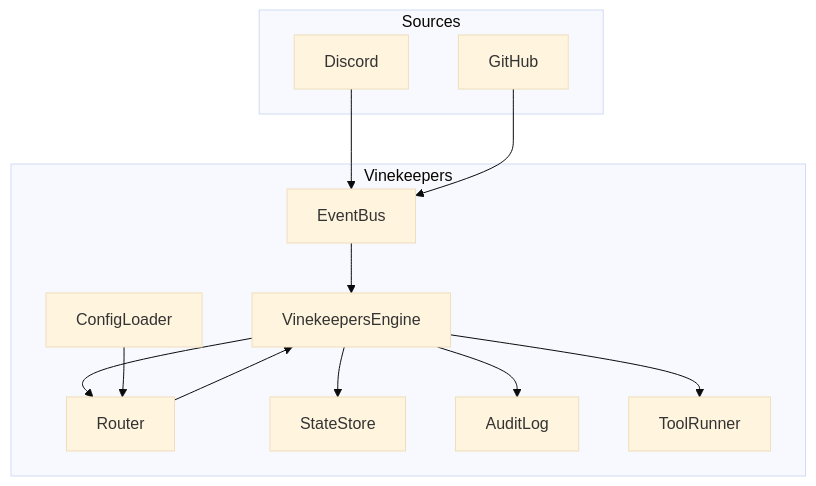
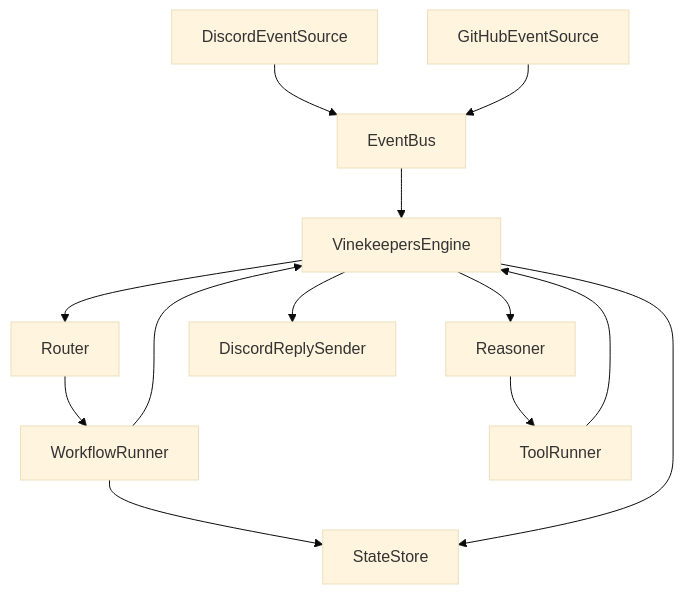
Before and after one commit to perfectedge13/Vinekeepers: the diagram in mkdoc/architecture.md, drawn with Mermaid (base theme). The commit also changed other lines of this file and 677 other files, not shown here.

````diff
--- a/mkdoc/architecture.md
+++ b/mkdoc/architecture.md
@@ -28,25 +30,26 @@
 ```mermaid
 flowchart TB
-  subgraph Sources
-    Discord[Discord]
-    GitHub[GitHub]
-  end
-  subgraph Vinekeepers
-    Bus[EventBus]
-    Engine[VinekeepersEngine]
-    Router[Router]
-    Config[ConfigLoader]
-    State[StateStore]
-    Audit[AuditLog]
-    Tools[ToolRunner]
-  end
+  Discord[DiscordEventSource]
+  GitHub[GitHubEventSource]
+  Bus[EventBus]
+  Engine[VinekeepersEngine]
+  Router[Router]
+  Runner[WorkflowRunner]
+  Reasoner[Reasoner]
+  Tools[ToolRunner]
+  State[StateStore]
+  Reply[DiscordReplySender]
+
   Discord --> Bus
   GitHub --> Bus
   Bus --> Engine
   Engine --> Router
-  Router --> Engine
+  Router --> Runner
+  Runner --> State
+  Runner --> Engine
+  Engine --> Reasoner
+  Reasoner --> Tools
+  Tools --> Engine
   Engine --> State
-  Engine --> Audit
-  Engine --> Tools
-  Config --> Router
+  Engine --> Reply
 ```
````
